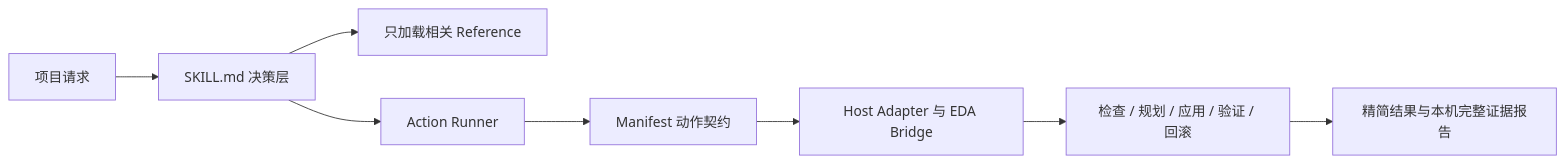
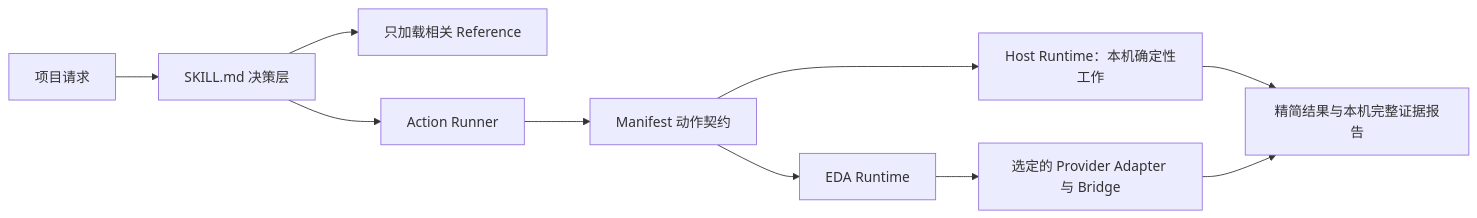
One commit to flitfancy/flitrealize changed the diagram in README.zh-CN.md. Above: the diagram before and after it, drawn with Mermaid. The commit also changed other lines of this file and 28 other files, not shown here.

Commit message:
feat: add provider-neutral schematic contract audit

````diff
--- a/README.zh-CN.md
+++ b/README.zh-CN.md
@@ -63,10 +64,12 @@
 ```mermaid
 flowchart LR
     A[项目请求] --> B[SKILL.md 决策层]
     B --> C[只加载相关 Reference]
     B --> D[Action Runner]
     D --> E[Manifest 动作契约]
-    E --> F[Host Adapter 与 EDA Bridge]
-    F --> G[检查 / 规划 / 应用 / 验证 / 回滚]
-    G --> H[精简结果与本机完整证据报告]
+    E --> F[Host Runtime：本机确定性工作]
+    E --> G[EDA Runtime]
+    G --> H[选定的 Provider Adapter 与 Bridge]
+    F --> I[精简结果与本机完整证据报告]
+    H --> I
 ```
````
